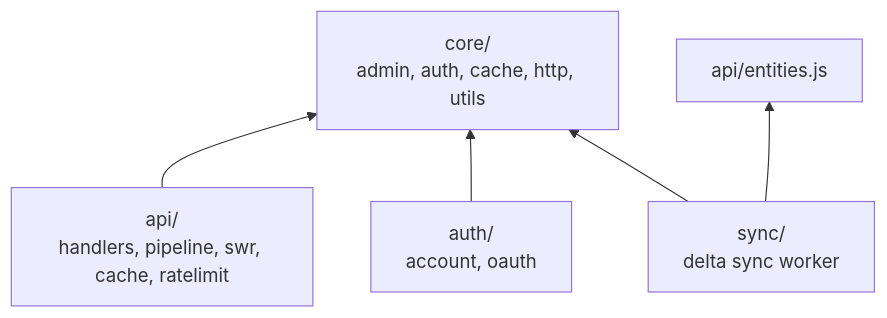
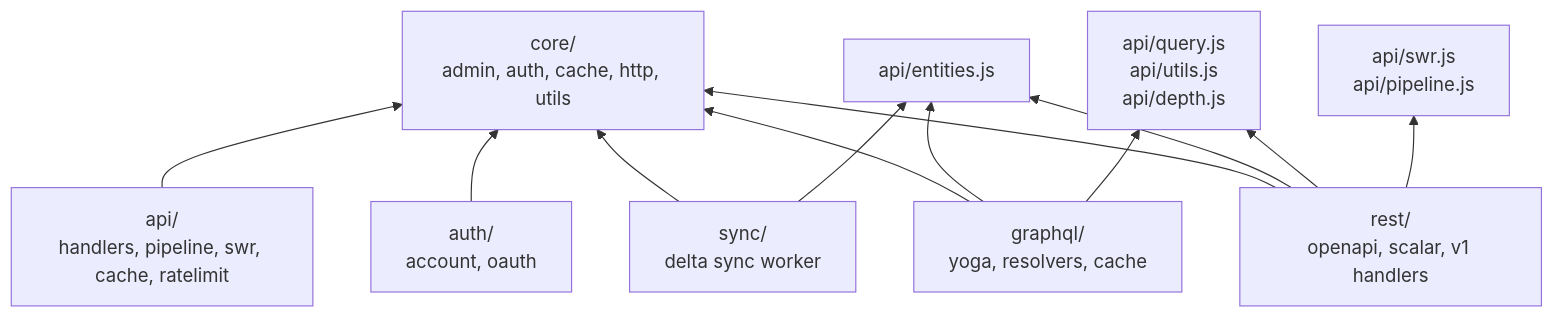
One commit to remcovanmook/pdbfe changed the second of 2 diagrams in workers/index.md. Above: the diagram before and after it, drawn with Mermaid. The commit also changed other lines of this file and 37 other files, not shown here.

````diff
--- a/workers/index.md
+++ b/workers/index.md
@@ -37,8 +37,15 @@
 ```mermaid
 graph BT
     CORE["core/<br/>admin, auth, cache, http, utils"] 
     API["api/<br/>handlers, pipeline, swr, cache, ratelimit"] --> CORE
     AUTH_W["auth/<br/>account, oauth"] --> CORE
     SYNC["sync/<br/>delta sync worker"] --> CORE
     SYNC --> API_ENT["api/entities.js"]
+    REST["rest/<br/>openapi, scalar, v1 handlers"] --> CORE
+    REST --> API_ENT
+    REST --> API_Q["api/query.js<br/>api/utils.js<br/>api/depth.js"]
+    REST --> API_SWR["api/swr.js<br/>api/pipeline.js"]
+    GQL["graphql/<br/>yoga, resolvers, cache"] --> CORE
+    GQL --> API_ENT
+    GQL --> API_Q
 ```
````
